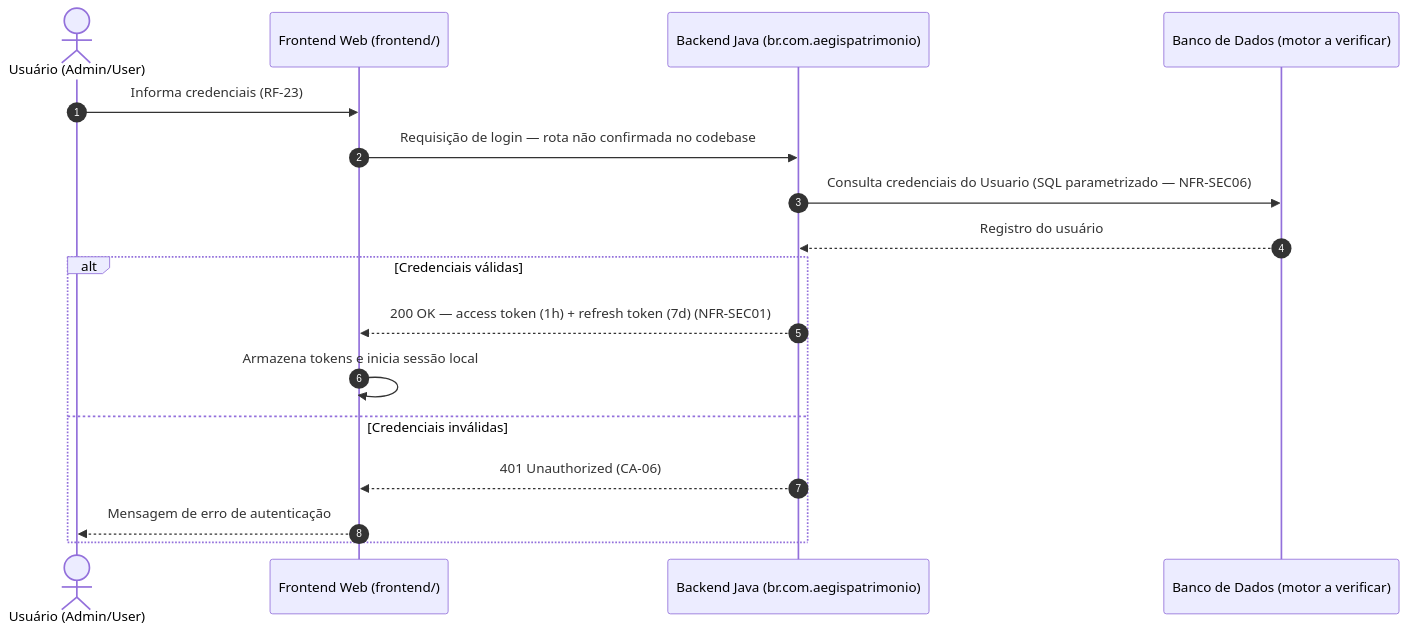
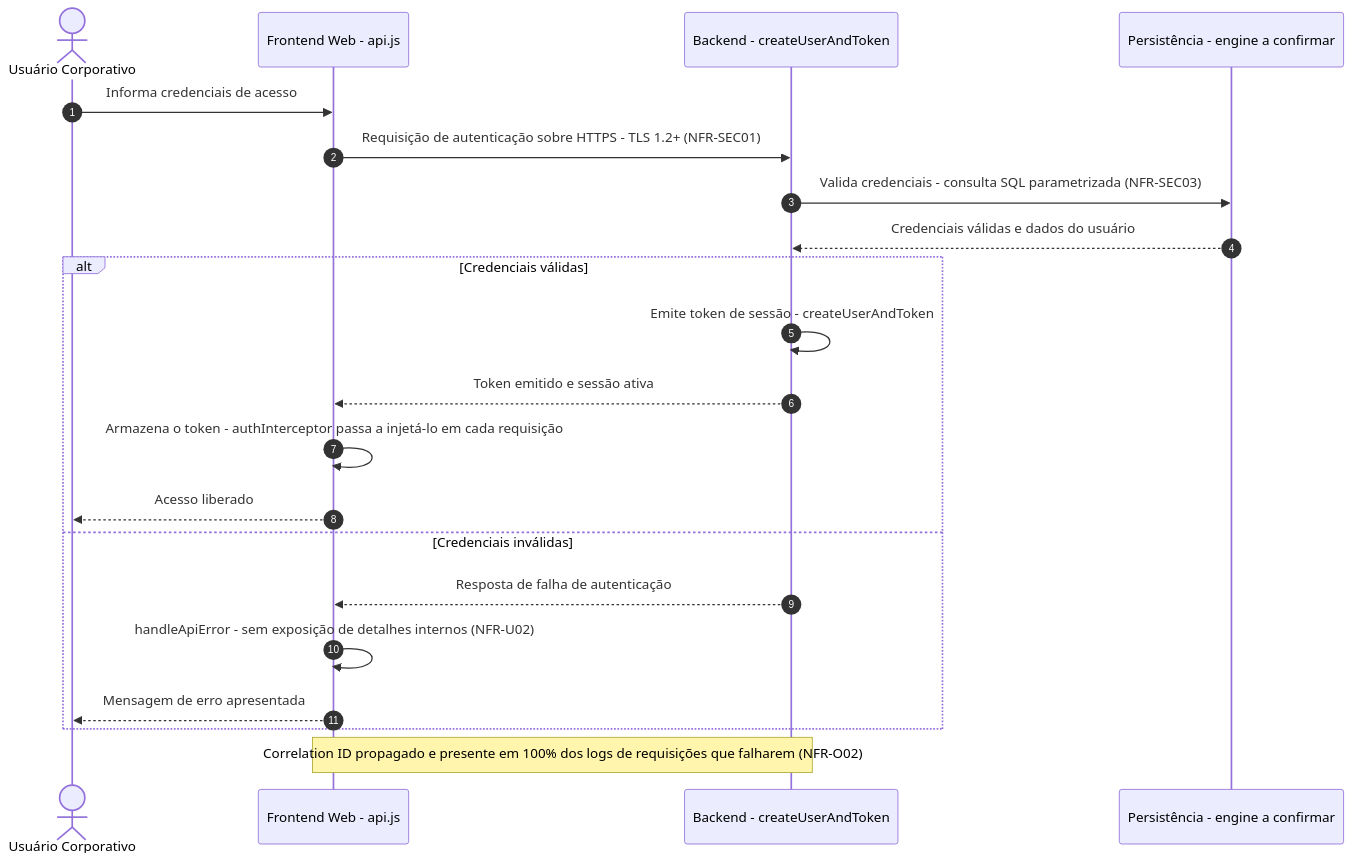
One commit to diogo-rp-menezes/aegispatrimonio changed the second of 10 diagrams in docs/03-architecture/uml-diagrams.md. Above: the diagram before and after it, drawn with Mermaid. The commit also changed other lines of this file and 49 other files, not shown here.

````diff
--- a/docs/03-architecture/uml-diagrams.md
+++ b/docs/03-architecture/uml-diagrams.md
@@ -50,20 +55,24 @@
 ```mermaid
 sequenceDiagram
     autonumber
-    actor Usuario as Usuário (Admin/User)
-    participant FE as Frontend Web (frontend/)
-    participant API as Backend Java (br.com.aegispatrimonio)
-    participant DB as Banco de Dados (motor a verificar)
+    actor Usuario as Usuário Corporativo
+    participant FE as Frontend Web - api.js
+    participant AUTH as Backend - createUserAndToken
+    participant DB as Persistência - engine a confirmar
 
-    Usuario->>FE: Informa credenciais (RF-23)
-    FE->>API: Requisição de login — rota não confirmada no codebase
-    API->>DB: Consulta credenciais do Usuario (SQL parametrizado — NFR-SEC06)
-    DB-->>API: Registro do usuário
+    Usuario->>FE: Informa credenciais de acesso
+    FE->>AUTH: Requisição de autenticação sobre HTTPS - TLS 1.2+ (NFR-SEC01)
+    AUTH->>DB: Valida credenciais - consulta SQL parametrizada (NFR-SEC03)
+    DB-->>AUTH: Credenciais válidas e dados do usuário
     alt Credenciais válidas
-        API-->>FE: 200 OK — access token (1h) + refresh token (7d) (NFR-SEC01)
-        FE->>FE: Armazena tokens e inicia sessão local
+        AUTH->>AUTH: Emite token de sessão - createUserAndToken
+        AUTH-->>FE: Token emitido e sessão ativa
+        FE->>FE: Armazena o token - authInterceptor passa a injetá-lo em cada requisição
+        FE-->>Usuario: Acesso liberado
     else Credenciais inválidas
-        API-->>FE: 401 Unauthorized (CA-06)
-        FE-->>Usuario: Mensagem de erro de autenticação
+        AUTH-->>FE: Resposta de falha de autenticação
+        FE->>FE: handleApiError - sem exposição de detalhes internos (NFR-U02)
+        FE-->>Usuario: Mensagem de erro apresentada
     end
+    Note over FE,AUTH: Correlation ID propagado e presente em 100% dos logs de requisições que falharem (NFR-O02)
 ```
````
